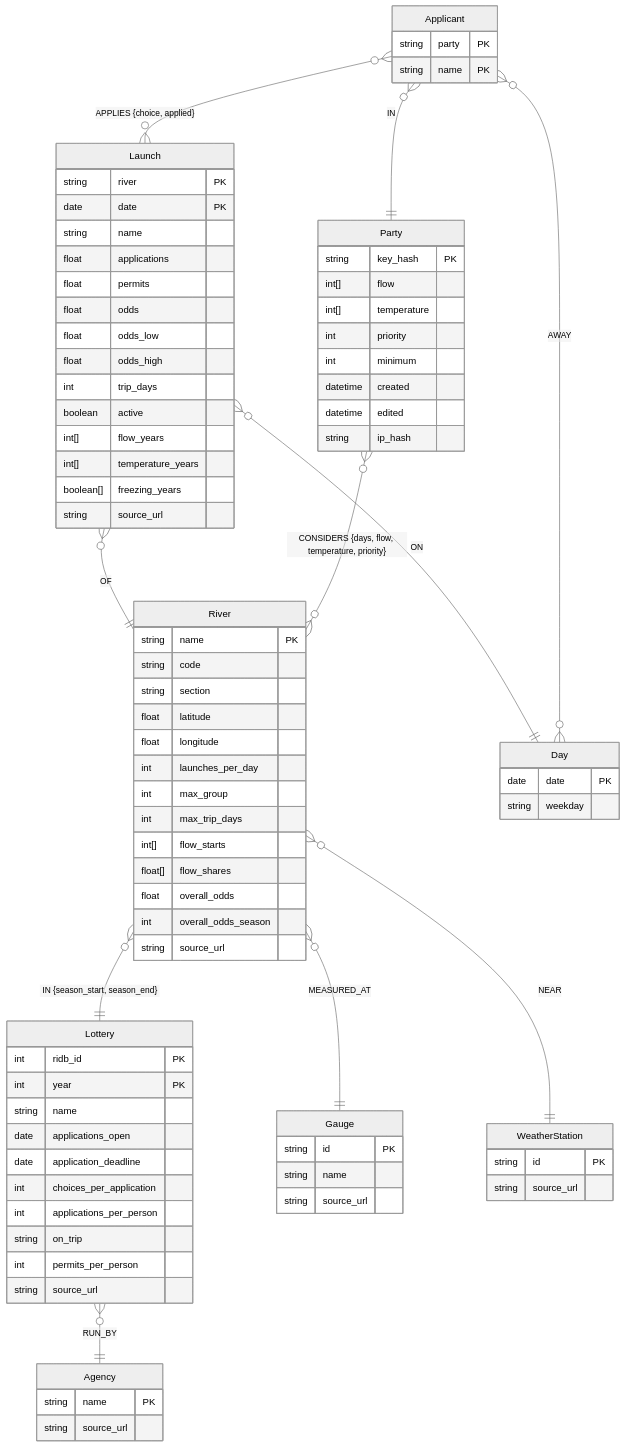
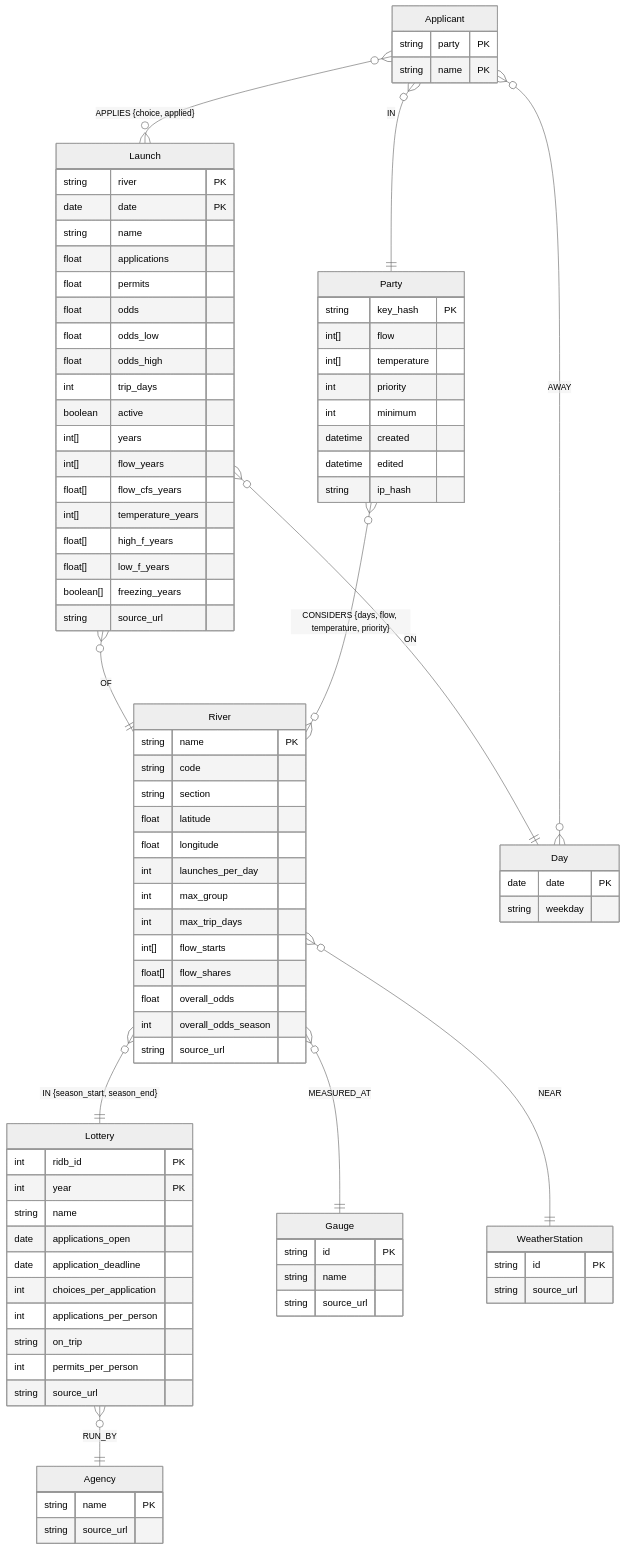
Before and after one commit to gen-omix/max-float: the diagram in src/max_float/graph/README.md, drawn with Mermaid (neutral theme). The commit also changed other lines of this file and 2 other files, not shown here.

Commit message:
tweak knowledge graph schema

```diff
--- a/src/max_float/graph/README.md
+++ b/src/max_float/graph/README.md
@@ -71,8 +71,12 @@
     float odds_high
     int trip_days
     boolean active
+    int[] years
     int[] flow_years
+    float[] flow_cfs_years
     int[] temperature_years
+    float[] high_f_years
+    float[] low_f_years
     boolean[] freezing_years
     string source_url
   }
```
